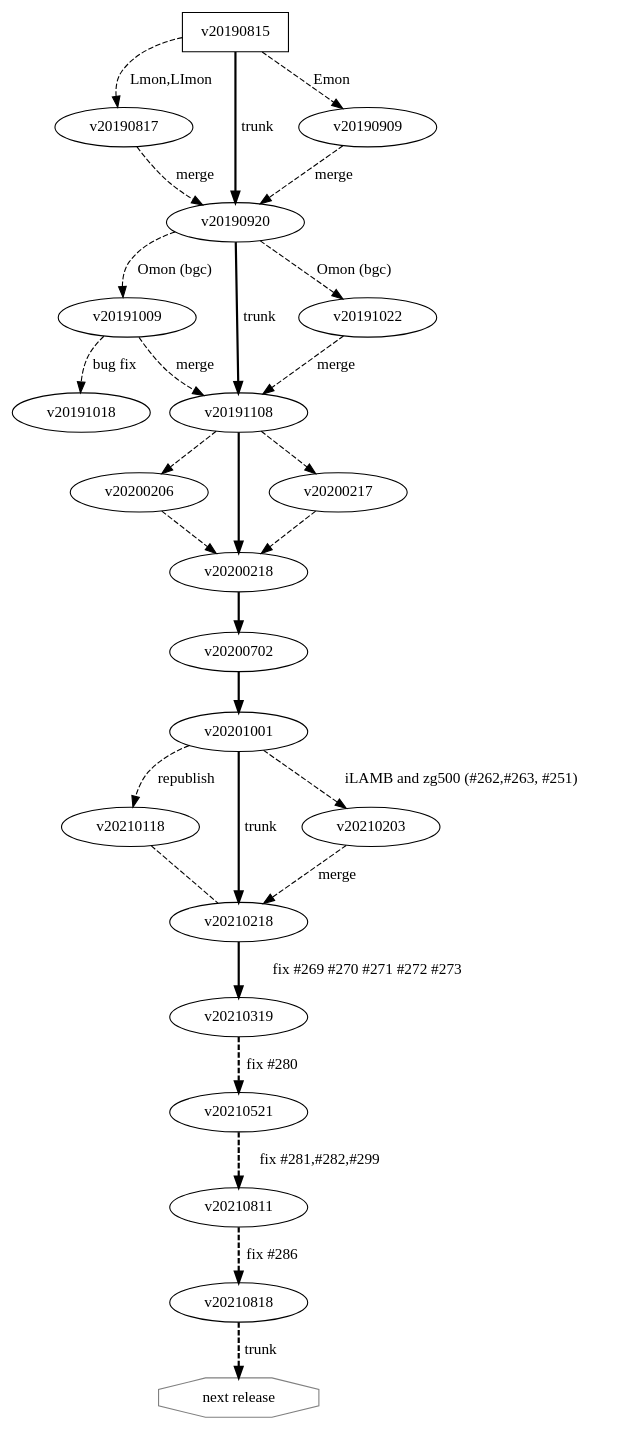
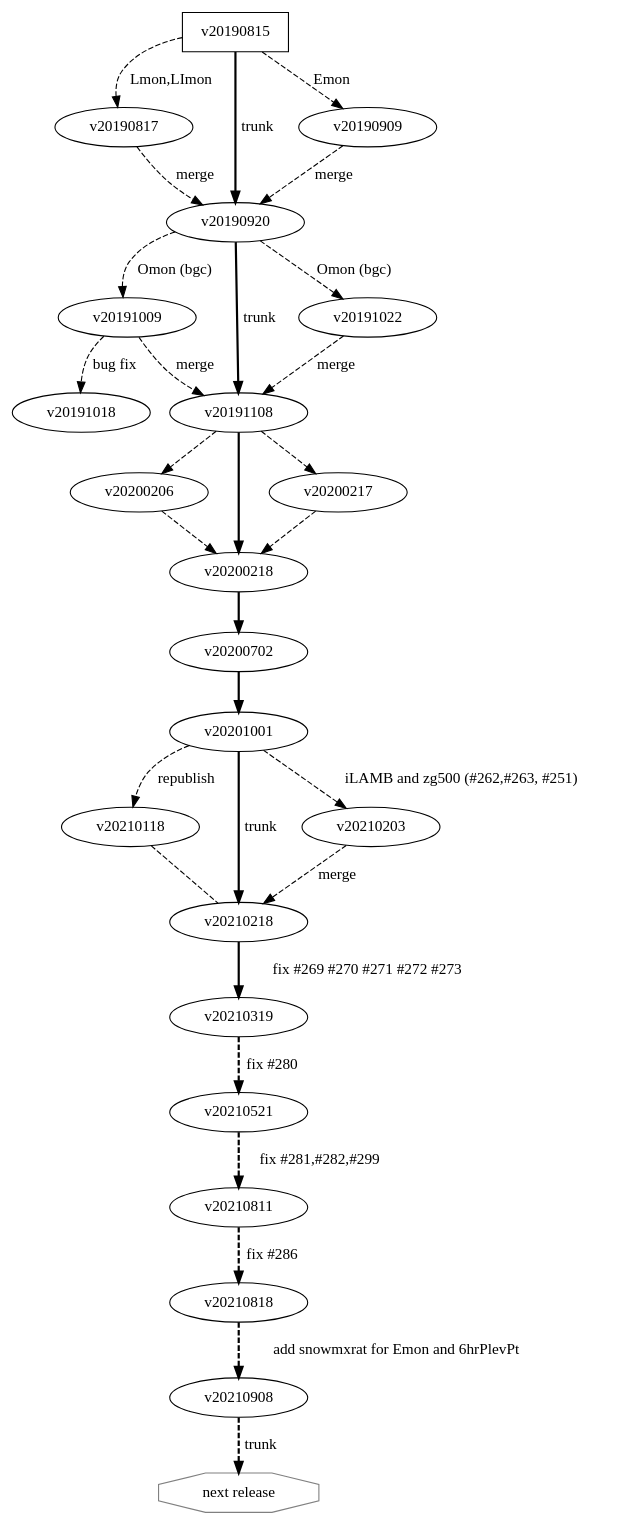
The diagram in versions/versions.gv (NorESMhub/noresm2cmor), drawn with Graphviz before and after one commit. The commit also changed 1 other file, not shown here.

Commit message:
Add snowmxrat for Emon and 6hrPlevPt
close #82 #109

```diff
--- a/versions/versions.gv
+++ b/versions/versions.gv
@@ -1,34 +1,35 @@
  digraph G {
    v20190815 [shape=box;label="v20190815"];
    "next release" [shape=octagon;color=gray;label="next release"];
    //v20190920 [shape=box];
    //v20191108 [shape=box];
    v20190815 -> v20190817 [style=dashed,label="Lmon,LImon"];
    v20190815 -> v20190920 [penwidth=2.0,weight="2",label="trunk"];
    v20190815 -> v20190909 [style=dashed,label="Emon"];
    v20190817 -> v20190920 [style=dashed,label="merge"];
    v20190909 -> v20190920 [style=dashed,label="merge"];
    v20190920 -> v20191009 [style=dashed,weight="1",label="Omon (bgc)"];
    v20190920 -> v20191108 [penwidth=2.0,wegith="2",label="trunk"];
    v20190920 -> v20191022 [style=dashed,weight="1",label="Omon (bgc)"];
    v20191009 -> v20191018 [style=dashed,wegith="1",label="bug fix"];
    v20191009 -> v20191108 [style=dashed,wegith="1",label="merge"];
    v20191022 -> v20191108 [style=dashed,wegith="1",label="merge"];
    v20191108 -> v20200206 [style=dashed,weigth="1"];
    v20200206 -> v20200218 [style=dashed,weigth="1"];
    v20191108 -> v20200218 [penwidth=2.0,weigth="2"];
    v20191108 -> v20200217 [style=dashed,weigth="1"];
    v20200217 -> v20200218 [style=dashed,weigth="1"];
    v20200218 -> v20200702 [penwidth=2.0,weigth="2"];
    v20200702 -> v20201001 [penwidth=2.0,weigth="2"];
    v20201001 -> v20210118 [penwidth=1.0,style=dashed,weigth="1",label="republish"];
    v20210118 -> v20210218 [penwidth=1.0,arrowhead=none,style=dashed,weigth="1"];
    v20201001 -> v20210218 [style=solid,penwidth=2.0,weigth="2",label="trunk"];
    v20201001 -> v20210203 [penwidth=1.0,style=dashed,weigth="1",label="iLAMB and zg500 (#262,#263, #251)"];
    v20210203 -> v20210218 [style=dashed,penwidth=1.0,weigth="1",label="merge"];
    v20210218 -> v20210319 [style=solid,penwidth=2.0,weigth="1",label="fix #269 #270 #271 #272 #273"];
    v20210319 -> "v20210521" [style=dashed;penwidth=2.0;label="fix #280"];
    v20210521 -> "v20210811" [style=dashed;penwidth=2.0;label="fix #281,#282,#299"];
    v20210811 -> "v20210818" [style=dashed;penwidth=2.0;label="fix #286"];
-   v20210818 -> "next release" [style=dashed;penwidth=2.0;label="trunk"];
+   v20210818 -> "v20210908" [style=dashed;penwidth=2.0;label="add snowmxrat for Emon and 6hrPlevPt"];
+   v20210908 -> "next release" [style=dashed;penwidth=2.0;label="trunk"];
  }
```
